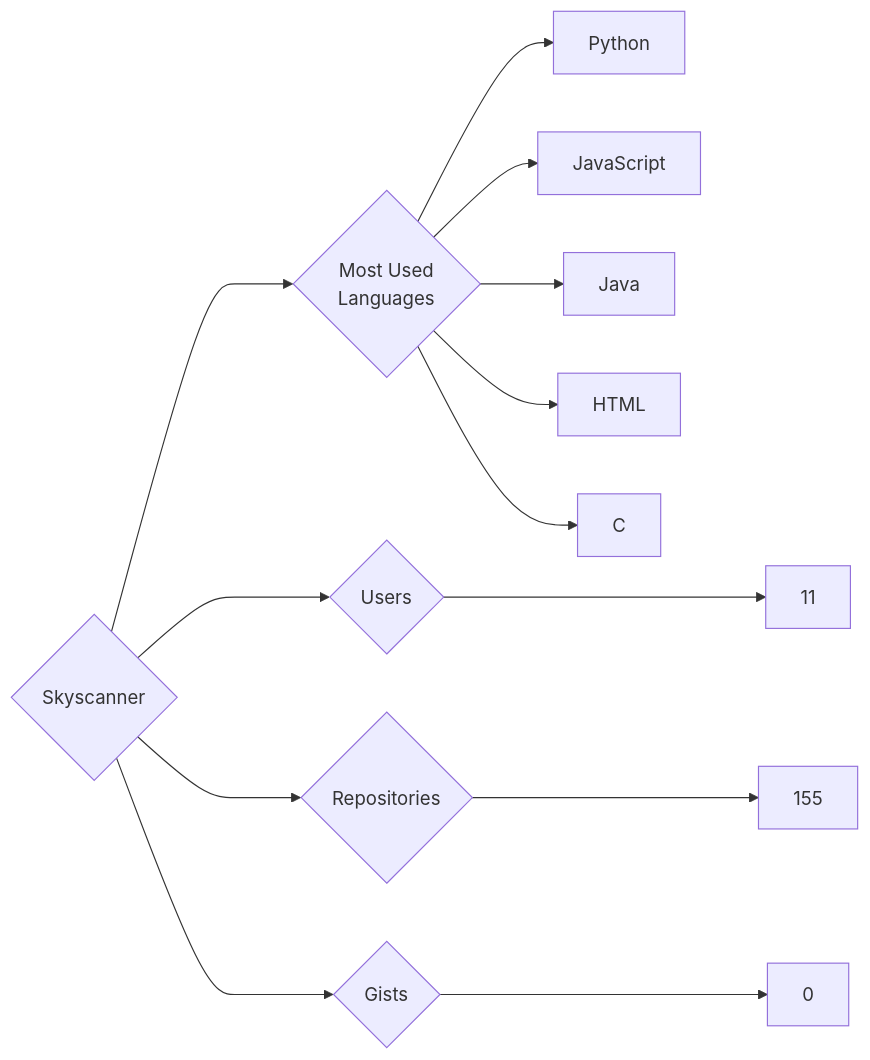
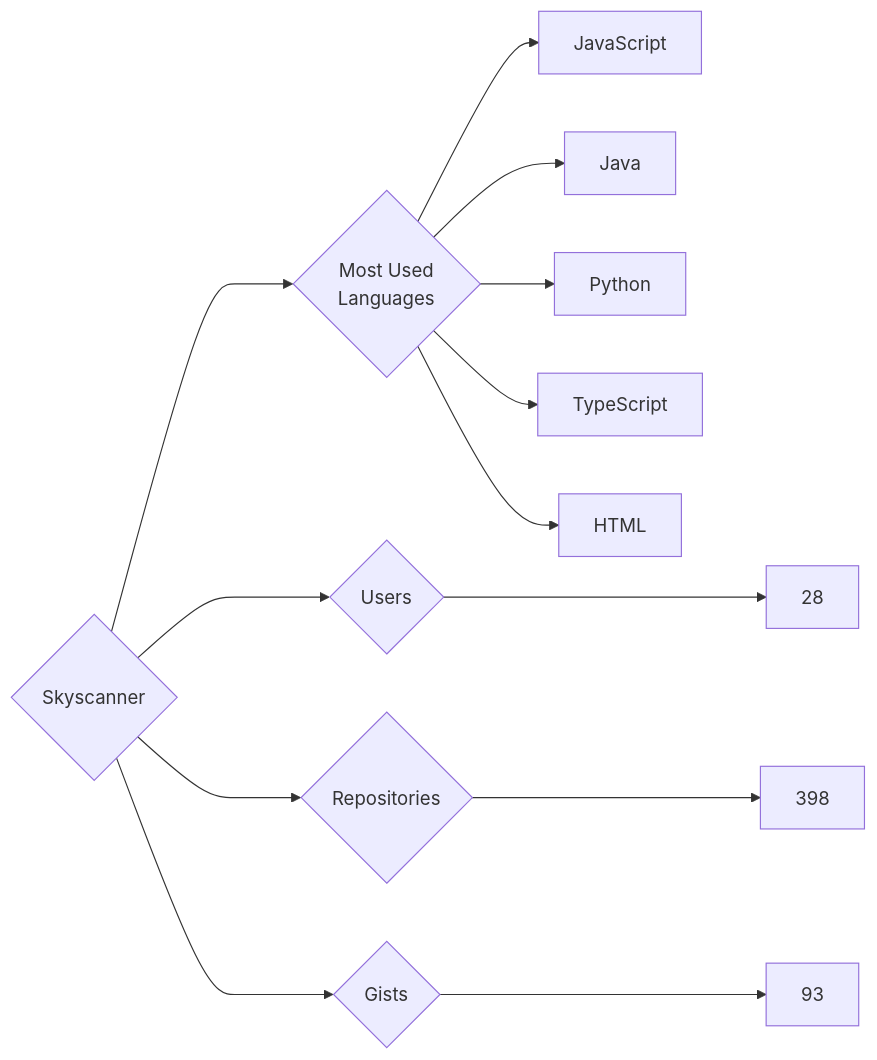
One commit to trickest/insiders changed the diagram in targets/Skyscanner/README.md. Above: the diagram before and after it, drawn with Mermaid. The commit also changed 997 other files, not shown here.

````diff
--- a/targets/Skyscanner/README.md
+++ b/targets/Skyscanner/README.md
@@ -3,13 +3,13 @@
 ```mermaid
 graph LR
 COMPANY_NAME{Skyscanner}
-COMPANY_NAME ---> U{Users} ---> UN[11]
-COMPANY_NAME ---> R{Repositories} ---> RN[155]
-COMPANY_NAME ---> G{Gists} ---> GN[0]
+COMPANY_NAME ---> U{Users} ---> UN[28]
+COMPANY_NAME ---> R{Repositories} ---> RN[398]
+COMPANY_NAME ---> G{Gists} ---> GN[93]
 COMPANY_NAME ---> ML{Most Used<br>Languages}
-ML --> Python
-ML --> JavaScript
-ML --> Java
-ML --> HTML
-ML --> C
+ML --> JavaScript[JavaScript]
+ML --> Java[Java]
+ML --> Python[Python]
+ML --> TypeScript[TypeScript]
+ML --> HTML[HTML]
 ```
````
